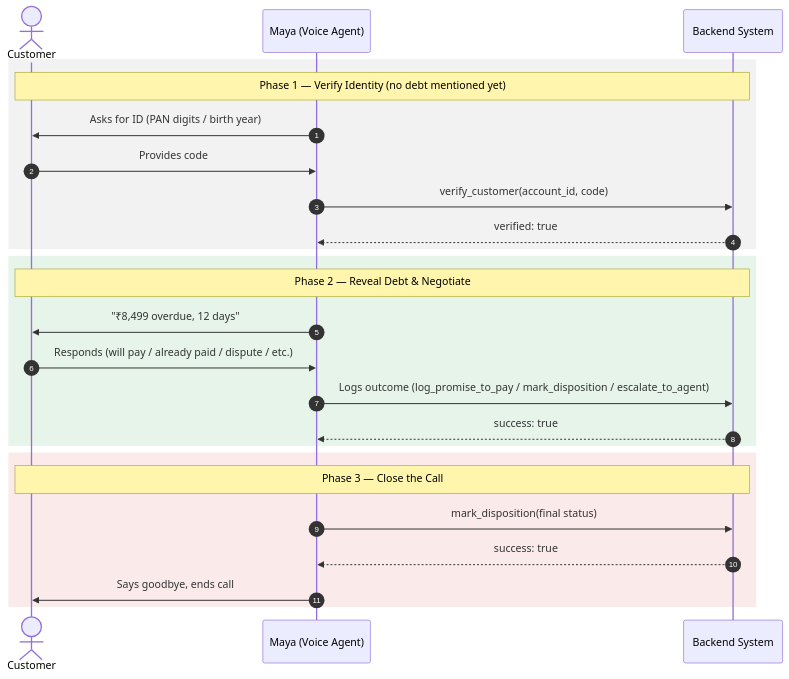
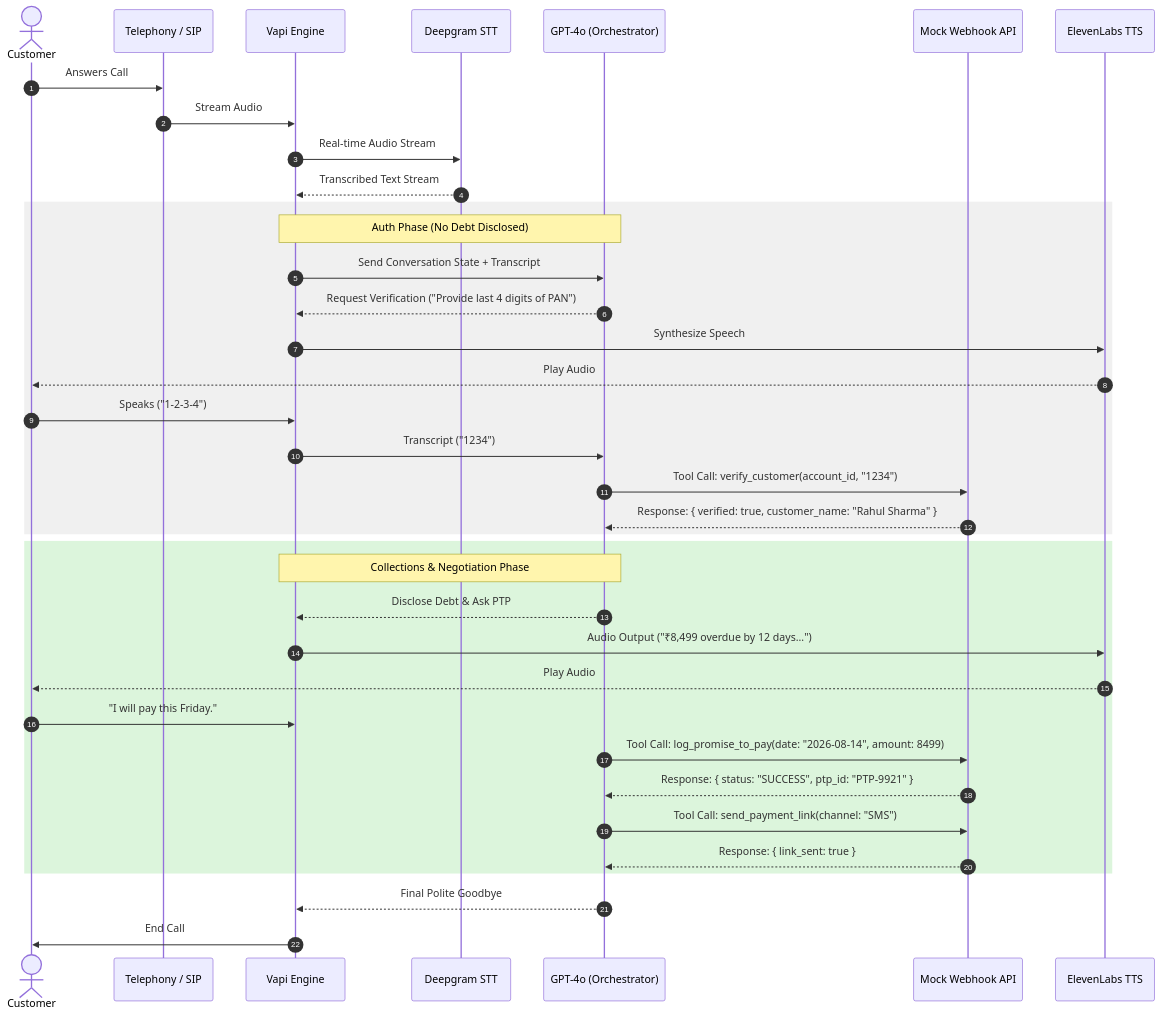
Before and after one commit to RamyaRenganathan-2002/kapture_voicebot: the diagram in docs/hld_document.md, drawn with Mermaid.

Commit message:
chore: edited mermaid js diagram

````diff
--- a/docs/hld_document.md
+++ b/docs/hld_document.md
@@ -164,30 +164,43 @@
 ```mermaid
 sequenceDiagram
     autonumber
     actor Customer
-    participant Maya as Maya (Voice Agent)
-    participant Backend as Backend System
+    participant Telephony as Telephony / SIP
+    participant Vapi as Vapi Engine
+    participant STT as Deepgram STT
+    participant LLM as GPT-4o (Orchestrator)
+    participant Server as Mock Webhook API
+    participant TTS as ElevenLabs TTS
 
-    rect rgb(242, 242, 242)
-        note over Customer, Backend: Phase 1 — Verify Identity (no debt mentioned yet)
-        Maya->>Customer: Asks for ID (PAN digits / birth year)
-        Customer->>Maya: Provides code
-        Maya->>Backend: verify_customer(account_id, code)
-        Backend-->>Maya: verified: true
+    Customer->>Telephony: Answers Call
+    Telephony->>Vapi: Stream Audio
+    Vapi->>STT: Real-time Audio Stream
+    STT-->>Vapi: Transcribed Text Stream
+
+    rect rgb(240, 240, 240)
+        note over Vapi, LLM: Auth Phase (No Debt Disclosed)
+        Vapi->>LLM: Send Conversation State + Transcript
+        LLM-->>Vapi: Request Verification ("Provide last 4 digits of PAN")
+        Vapi->>TTS: Synthesize Speech
+        TTS-->>Customer: Play Audio
+        Customer->>Vapi: Speaks ("1-2-3-4")
+        Vapi->>LLM: Transcript ("1234")
+        LLM->>Server: Tool Call: verify_customer(account_id, "1234")
+        Server-->>LLM: Response: { verified: true, customer_name: "Rahul Sharma" }
     end
 
-    rect rgb(230, 244, 234)
-        note over Customer, Backend: Phase 2 — Reveal Debt & Negotiate
-        Maya->>Customer: "₹8,499 overdue, 12 days"
-        Customer->>Maya: Responds (will pay / already paid / dispute / etc.)
-        Maya->>Backend: Logs outcome (log_promise_to_pay / mark_disposition / escalate_to_agent)
-        Backend-->>Maya: success: true
+    rect rgb(220, 245, 220)
+        note over Vapi, LLM: Collections & Negotiation Phase
+        LLM-->>Vapi: Disclose Debt & Ask PTP
+        Vapi->>TTS: Audio Output ("₹8,499 overdue by 12 days...")
+        TTS-->>Customer: Play Audio
+        Customer->>Vapi: "I will pay this Friday."
+        LLM->>Server: Tool Call: log_promise_to_pay(date: "2026-08-14", amount: 8499)
+        Server-->>LLM: Response: { status: "SUCCESS", ptp_id: "PTP-9921" }
+        LLM->>Server: Tool Call: send_payment_link(channel: "SMS")
+        Server-->>LLM: Response: { link_sent: true }
     end
 
-    rect rgb(251, 234, 234)
-        note over Customer, Backend: Phase 3 — Close the Call
-        Maya->>Backend: mark_disposition(final status)
-        Backend-->>Maya: success: true
-        Maya->>Customer: Says goodbye, ends call
-    end
+    LLM-->>Vapi: Final Polite Goodbye
+    Vapi->>Customer: End Call
 ```
````
